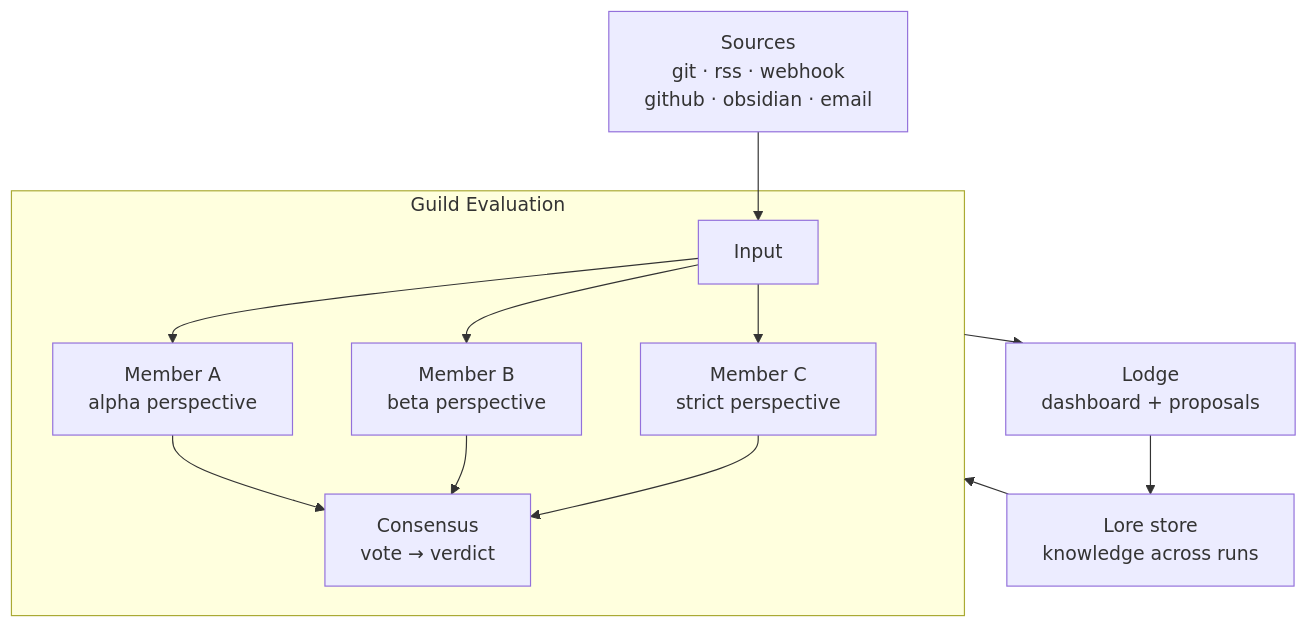
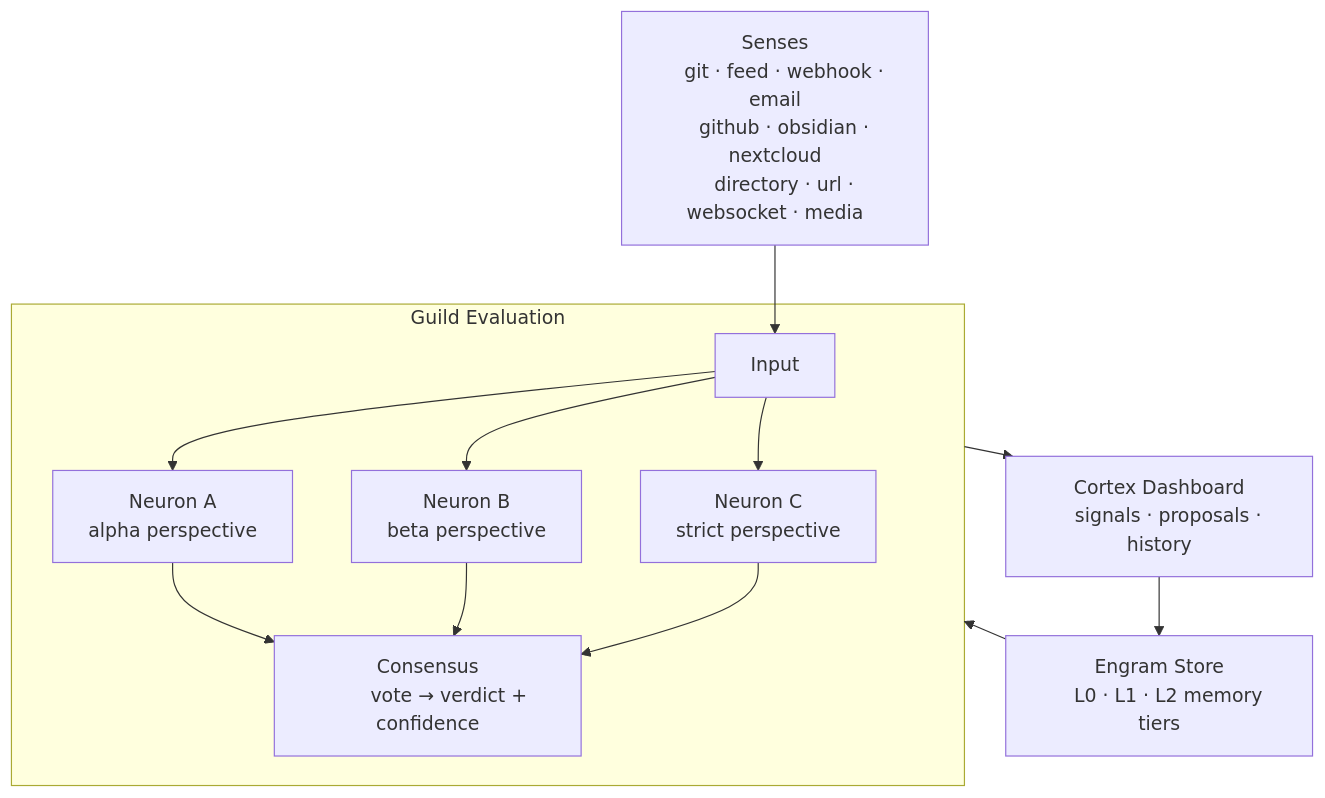
Before and after one commit to lessthanseventy/ex_cortex: the first of 3 diagrams in README.md, drawn with Mermaid. The commit also changed other lines of this file, not shown here.

````diff
--- a/README.md
+++ b/README.md
@@ -63,19 +208,26 @@
 ```mermaid
 flowchart TD
-    Sources["Sources
-    git · rss · webhook
-    github · obsidian · email"]
+    Sources["Senses
+    git · feed · webhook · email
+    github · obsidian · nextcloud
+    directory · url · websocket · media"]
 
     Sources --> Input
 
-    subgraph Eval [Guild Evaluation]
-        Input --> RoleA["Member A<br/>alpha perspective"]
-        Input --> RoleB["Member B<br/>beta perspective"]
-        Input --> RoleC["Member C<br/>strict perspective"]
-        RoleA & RoleB & RoleC --> Consensus["Consensus<br/>vote → verdict"]
+    subgraph Eval ["Guild Evaluation"]
+        Input --> NeuronA["Neuron A
+        alpha perspective"]
+        Input --> NeuronB["Neuron B
+        beta perspective"]
+        Input --> NeuronC["Neuron C
+        strict perspective"]
+        NeuronA & NeuronB & NeuronC --> Consensus["Consensus
+        vote → verdict + confidence"]
     end
 
-    Eval --> Lodge["Lodge<br/>dashboard + proposals"]
-    Lodge --> Lore["Lore store<br/>knowledge across runs"]
-    Lore --> Eval
+    Eval --> Cortex["Cortex Dashboard
+    signals · proposals · history"]
+    Cortex --> Memory["Engram Store
+    L0 · L1 · L2 memory tiers"]
+    Memory --> Eval
 ```
````
